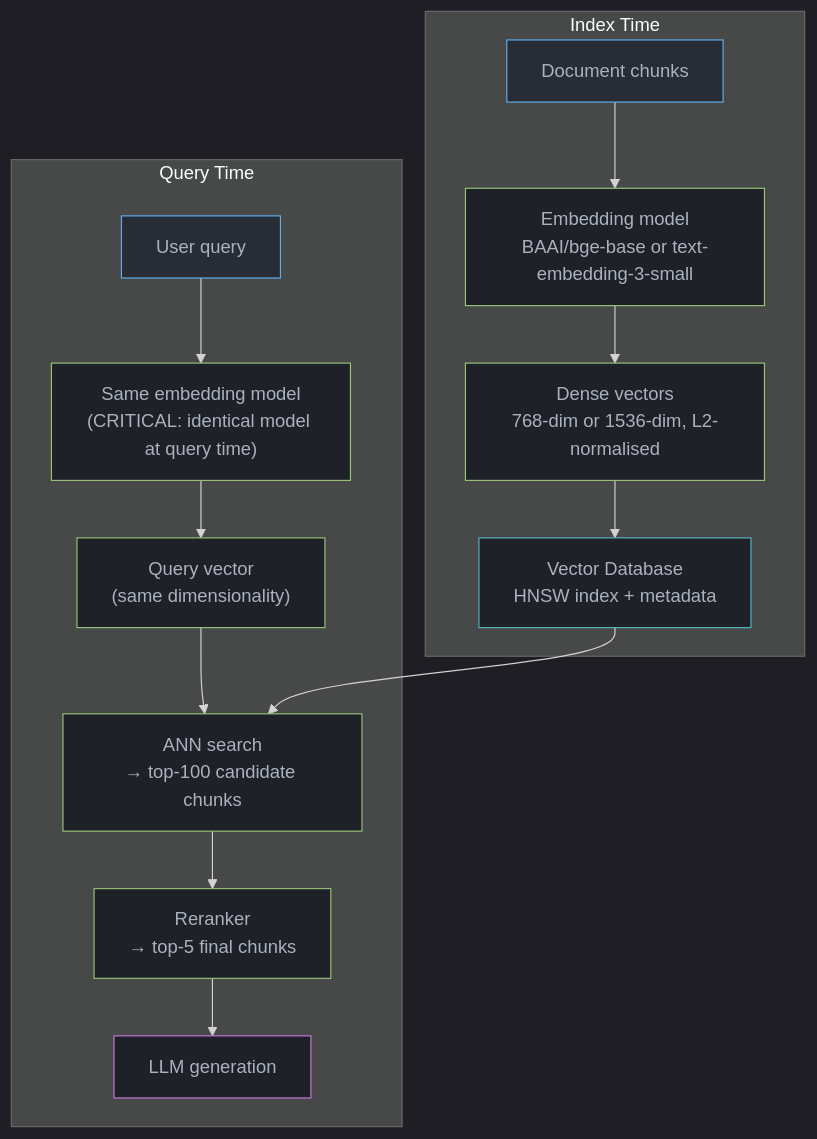
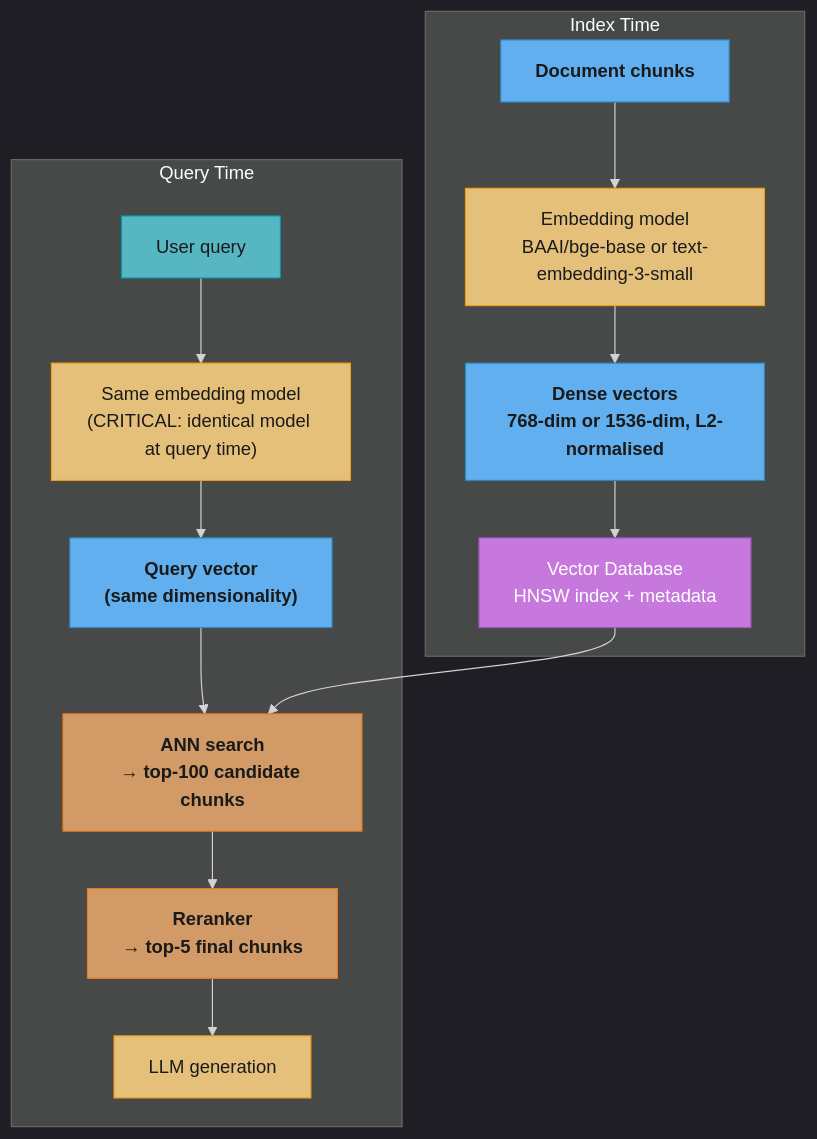
One commit to rppol/system-design changed the diagram in src/main/java/com/rutik/systemdesign/llm/rag_fundamentals/embedding_models.md. Above: the diagram before and after it, drawn with Mermaid. The commit also changed 88 other files, not shown here.

````diff
--- a/src/main/java/com/rutik/systemdesign/llm/rag_fundamentals/embedding_models.md
+++ b/src/main/java/com/rutik/systemdesign/llm/rag_fundamentals/embedding_models.md
@@ -262,33 +262,37 @@
 ```mermaid
 %%{init: {'flowchart': {'curve': 'basis'}, 'theme': 'dark'}}%%
 flowchart TD
-    classDef io    fill:#282c34,stroke:#61afef,color:#abb2bf
-    classDef proc  fill:#1e2127,stroke:#98c379,color:#abb2bf
-    classDef store fill:#1e2127,stroke:#56b6c2,color:#abb2bf
-    classDef llm   fill:#1e2127,stroke:#c678dd,color:#abb2bf
+    classDef io      fill:#61afef,stroke:#2e86c1,color:#1a1a1a,font-weight:bold
+    classDef frozen  fill:#c678dd,stroke:#9b59b6,color:#fff
+    classDef train   fill:#98c379,stroke:#27ae60,color:#1a1a1a
+    classDef mathOp  fill:#d19a66,stroke:#e67e22,color:#1a1a1a,font-weight:bold
+    classDef lossN   fill:#e06c75,stroke:#c0392b,color:#fff,font-weight:bold
+    classDef req     fill:#56b6c2,stroke:#0097a7,color:#1a1a1a
+    classDef base    fill:#e5c07b,stroke:#f39c12,color:#1a1a1a
 
     subgraph IDX ["Index Time"]
         CHUNKS["Document chunks"]
         EMB_I["Embedding model\nBAAI/bge-base or text-embedding-3-small"]
         VECS["Dense vectors\n768-dim or 1536-dim, L2-normalised"]
         VDB["Vector Database\nHNSW index + metadata"]
         CHUNKS --> EMB_I --> VECS --> VDB
     end
 
     subgraph QRY ["Query Time"]
         Q["User query"]
         EMB_Q["Same embedding model\n(CRITICAL: identical model at query time)"]
         QVEC["Query vector\n(same dimensionality)"]
         ANN["ANN search\n→ top-100 candidate chunks"]
         RERANK["Reranker\n→ top-5 final chunks"]
         LLM["LLM generation"]
         Q --> EMB_Q --> QVEC --> ANN --> RERANK --> LLM
     end
 
     VDB --> ANN
 
-    class CHUNKS,Q io
-    class EMB_I,EMB_Q,VECS,QVEC,ANN,RERANK proc
-    class VDB store
-    class LLM llm
+    class CHUNKS,VECS,QVEC io
+    class Q req
+    class EMB_I,EMB_Q,LLM base
+    class ANN,RERANK mathOp
+    class VDB frozen
 ```
````
